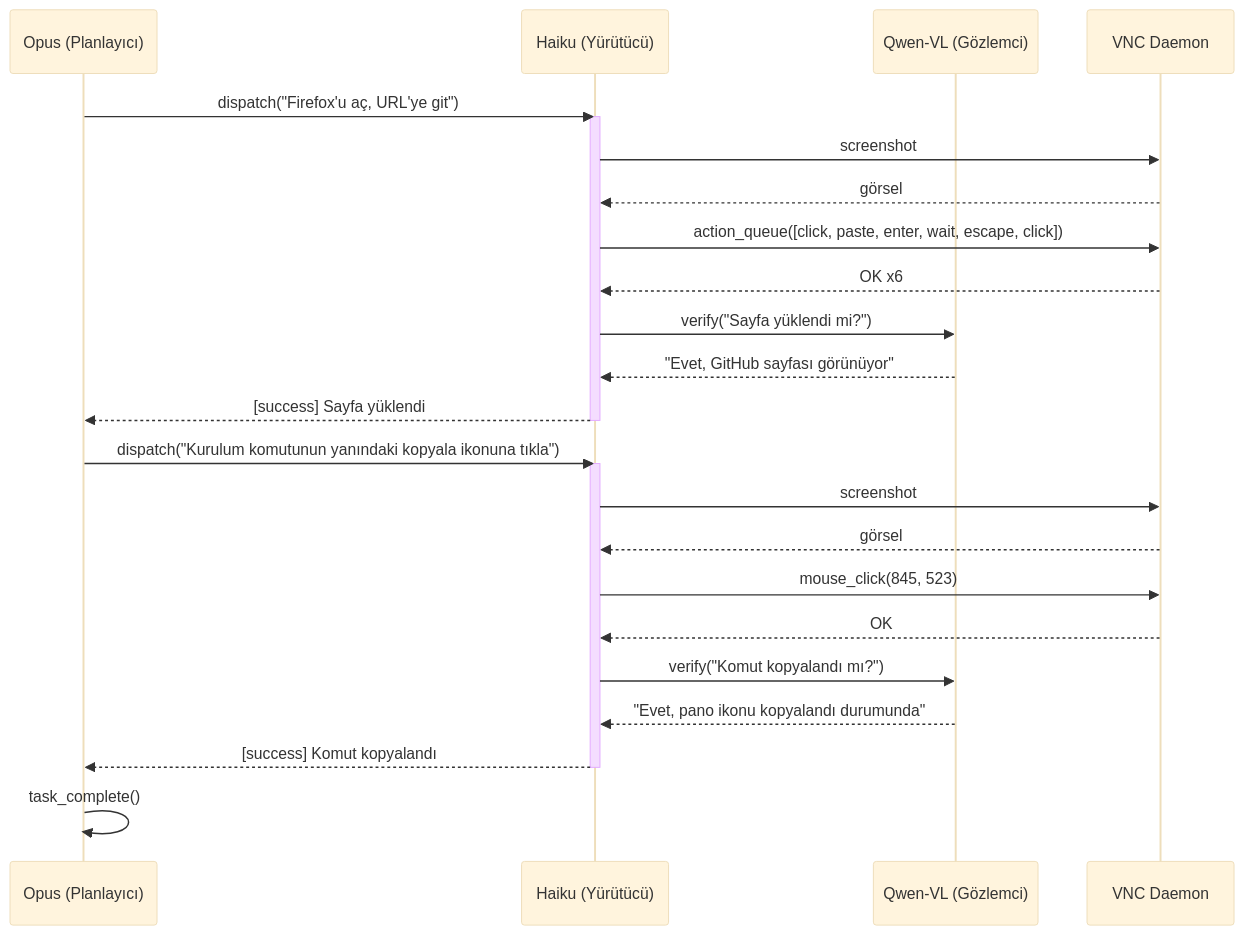
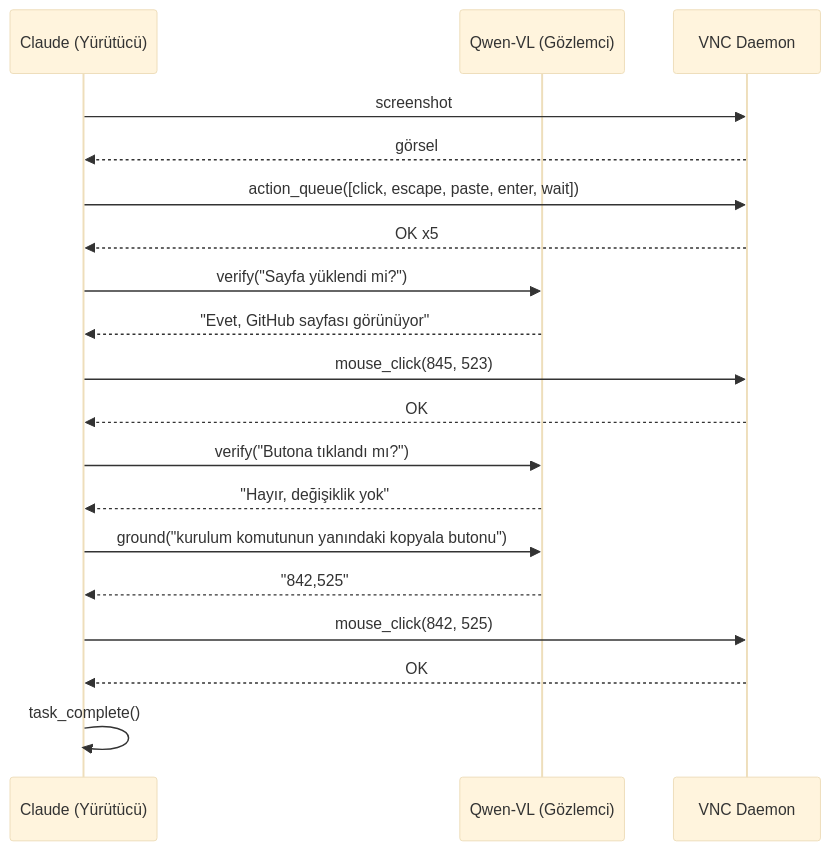
Before and after one commit to ARAS-Workspace/claude-kvm: the diagram in test/README_TR.md, drawn with Mermaid (base theme). The commit also changed other lines of this file and 10 other files, not shown here.

Commit message:
Replace hierarchical planner+executor with flat executor+observer architecture, add coordinate grounding

````diff
--- a/test/README_TR.md
+++ b/test/README_TR.md
@@ -7,31 +7,25 @@
 ```mermaid
 sequenceDiagram
-    participant P as Opus (Planlayıcı)
-    participant E as Haiku (Yürütücü)
+    participant E as Claude (Yürütücü)
     participant O as Qwen-VL (Gözlemci)
     participant V as VNC Daemon
 
-    P->>E: dispatch("Firefox'u aç, URL'ye git")
-    activate E
     E->>V: screenshot
     V-->>E: görsel
-    E->>V: action_queue([click, paste, enter, wait, escape, click])
-    V-->>E: OK x6
+    E->>V: action_queue([click, escape, paste, enter, wait])
+    V-->>E: OK x5
     E->>O: verify("Sayfa yüklendi mi?")
     O-->>E: "Evet, GitHub sayfası görünüyor"
-    E-->>P: [success] Sayfa yüklendi
-    deactivate E
 
-    P->>E: dispatch("Kurulum komutunun yanındaki kopyala ikonuna tıkla")
-    activate E
-    E->>V: screenshot
-    V-->>E: görsel
     E->>V: mouse_click(845, 523)
     V-->>E: OK
-    E->>O: verify("Komut kopyalandı mı?")
-    O-->>E: "Evet, pano ikonu kopyalandı durumunda"
-    E-->>P: [success] Komut kopyalandı
-    deactivate E
+    E->>O: verify("Butona tıklandı mı?")
+    O-->>E: "Hayır, değişiklik yok"
 
-    P->>P: task_complete()
+    E->>O: ground("kurulum komutunun yanındaki kopyala butonu")
+    O-->>E: "842,525"
+    E->>V: mouse_click(842, 525)
+    V-->>E: OK
+
+    E->>E: task_complete()
 ```
````
